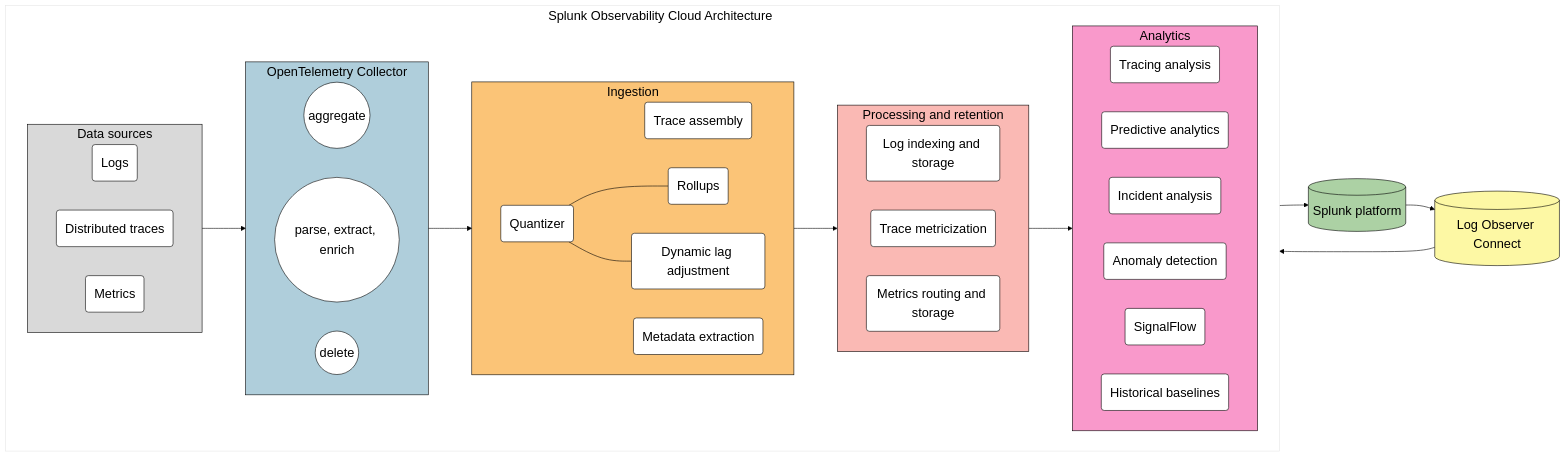
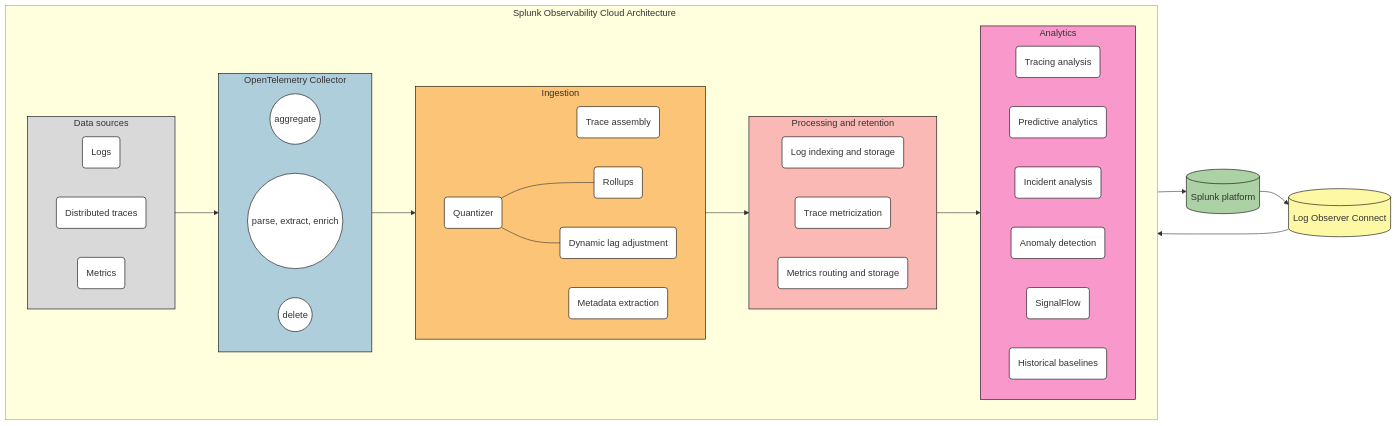
One commit to splunk/public-o11y-docs changed the diagram in get-started/o11y-architecture.rst. Above: the diagram before and after it, drawn with Mermaid.

```diff
--- a/get-started/o11y-architecture.rst
+++ b/get-started/o11y-architecture.rst
@@ -20,7 +20,7 @@
         'primaryBorderColor': '#000000',
         'nodeBorder':'#000000',
         'lineColor': '#000000',
-        'fontSize': '22px'
+        'fontSize': '22px',
       }
     }
   }%%
```
